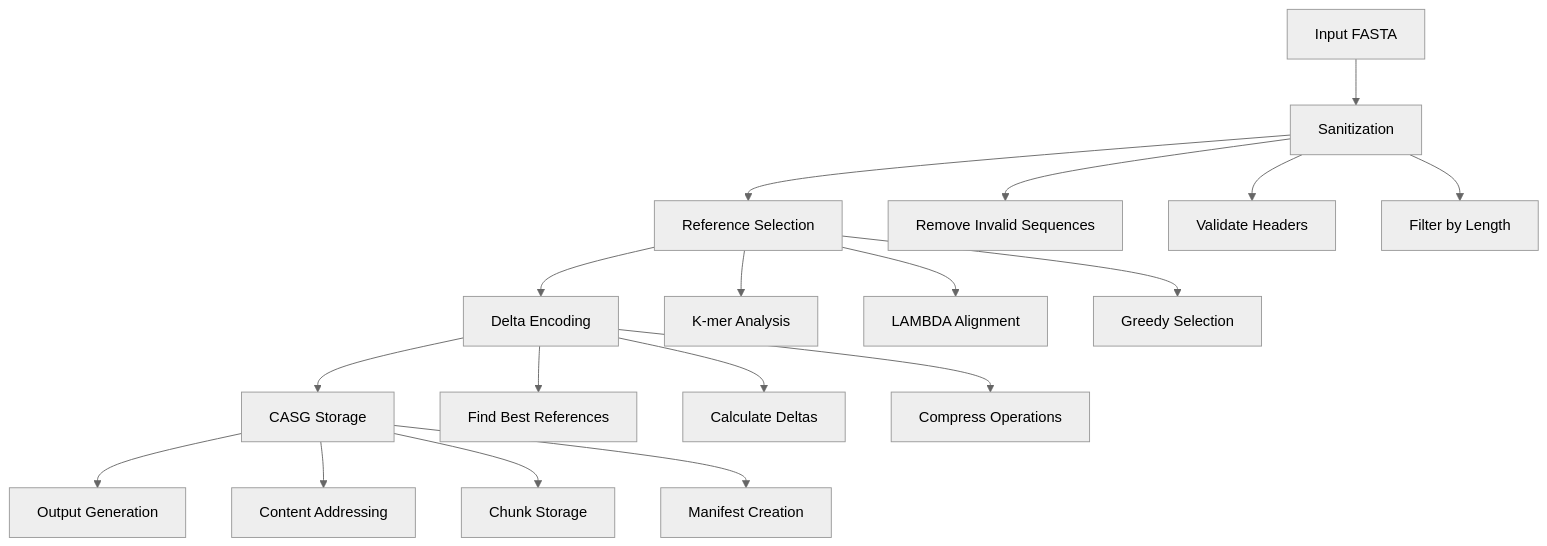
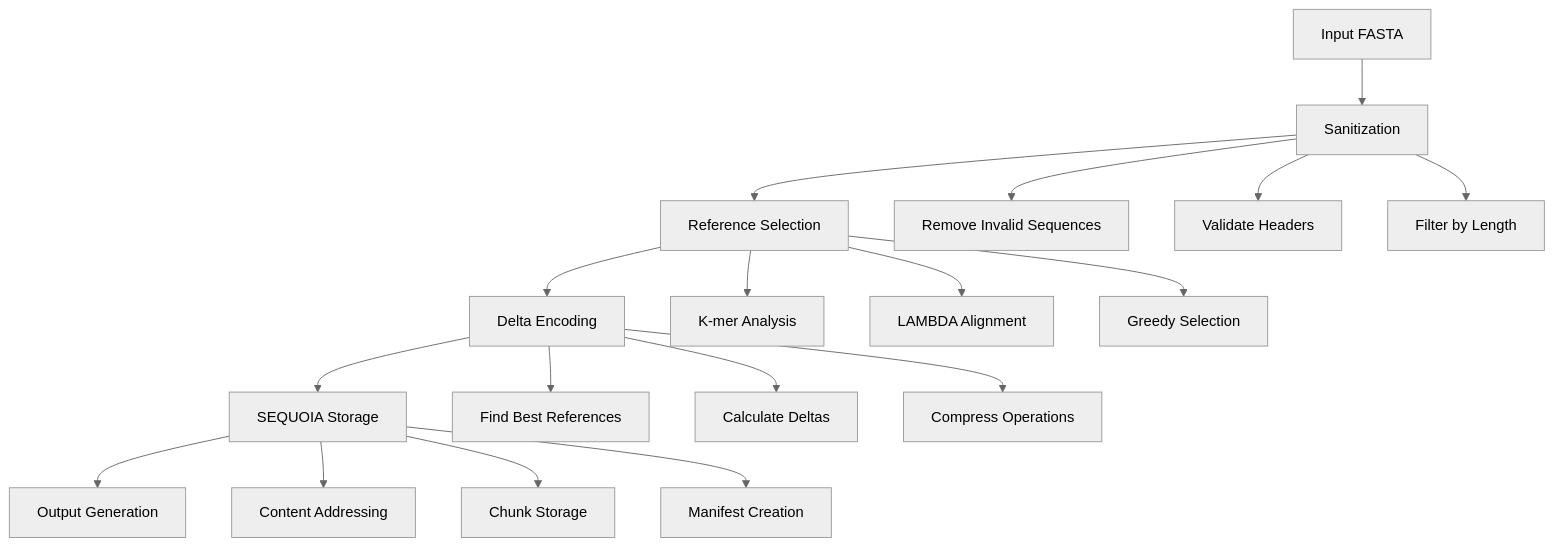
Before and after one commit to bfowle/talaria: the diagram in docs/src/workflows/reduction-workflow.md, drawn with Mermaid (neutral theme). The commit also changed other lines of this file and 472 other files, not shown here.

Commit message:
refactor!: major architectural overhaul of core systems

````diff
--- a/docs/src/workflows/reduction-workflow.md
+++ b/docs/src/workflows/reduction-workflow.md
@@ -11,24 +11,24 @@
 ```mermaid
 graph TD
     A[Input FASTA] --> B[Sanitization]
     B --> C[Reference Selection]
     C --> D[Delta Encoding]
-    D --> E[CASG Storage]
+    D --> E[SEQUOIA Storage]
     E --> F[Output Generation]
 
     B --> B1[Remove Invalid Sequences]
     B --> B2[Validate Headers]
     B --> B3[Filter by Length]
 
     C --> C1[K-mer Analysis]
     C --> C2[LAMBDA Alignment]
     C --> C3[Greedy Selection]
 
     D --> D1[Find Best References]
     D --> D2[Calculate Deltas]
     D --> D3[Compress Operations]
 
     E --> E1[Content Addressing]
     E --> E2[Chunk Storage]
     E --> E3[Manifest Creation]
 ```
````
